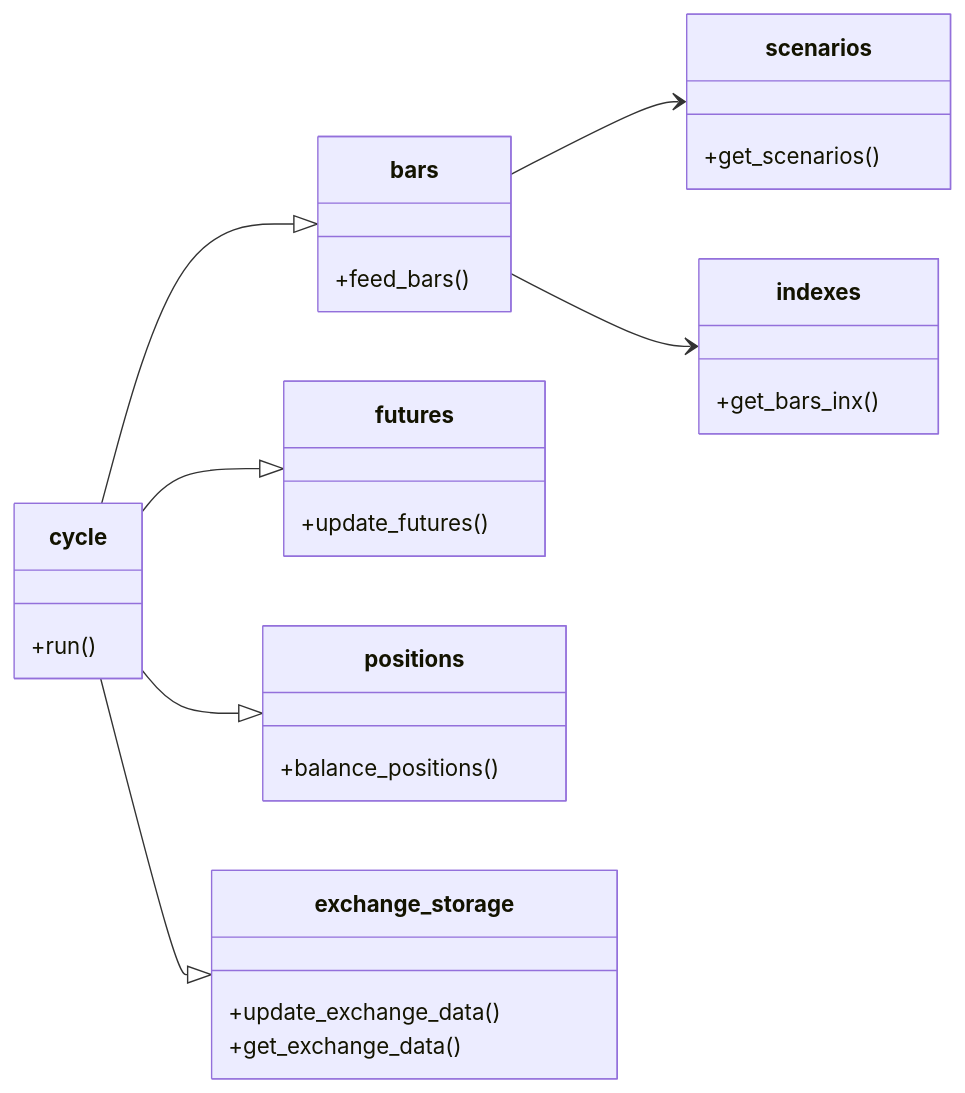
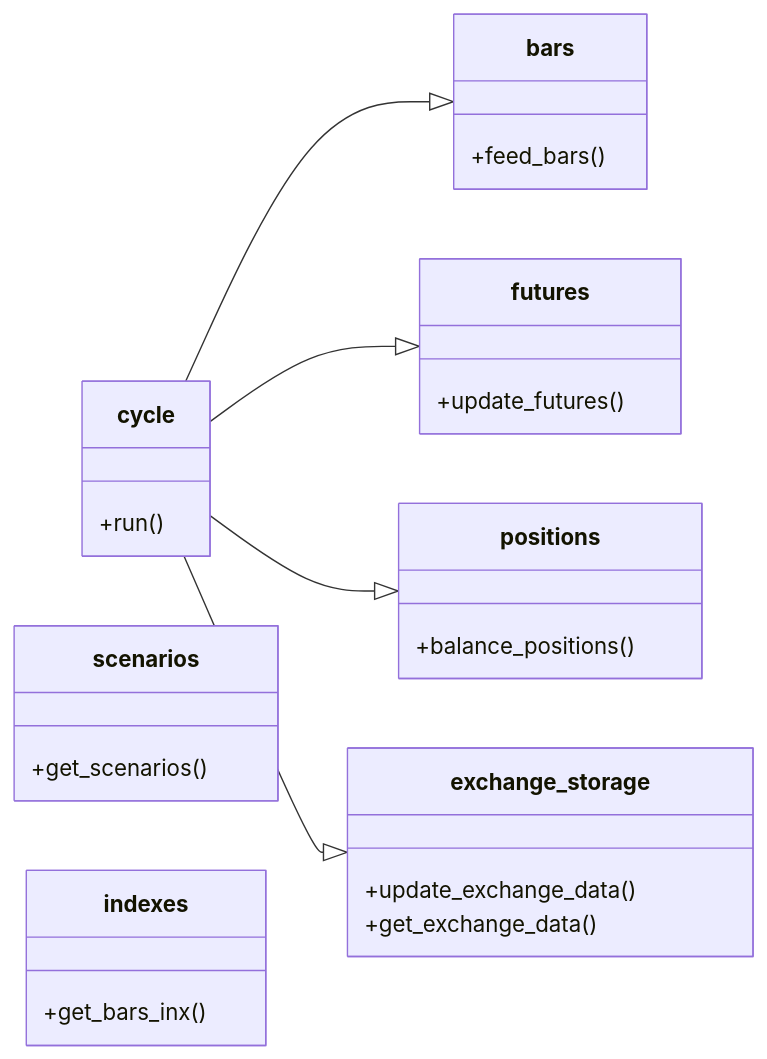
Before and after one commit to Marat22/MiriadRobotDocs: the first of 11 diagrams in controller-logic.md, drawn with Mermaid. The commit also changed other lines of this file, not shown here.

Commit message:
Controller-logic: replace multiservice architecture with modular + add variants of scenarios

````diff
--- a/controller-logic.md
+++ b/controller-logic.md
@@ -48,41 +48,39 @@
 ```mermaid
 classDiagram
   
   direction LR
 
     class cycle{
       +run()
     }
 
     class bars{
       +feed_bars()
     }
 
     class scenarios{
       +get_scenarios()
     }
 
     class indexes{
       +get_bars_inx()
     }
 
     class futures{
       +update_futures()
     }
 
     class positions{
       +balance_positions()
     }
 
     class exchange_storage{
       +update_exchange_data()
       +get_exchange_data()
     }
 
     cycle --|> bars
-    bars --> scenarios
-    bars --> indexes
     cycle --|> futures
     cycle --|> positions
     cycle --|> exchange_storage
 ```
````
